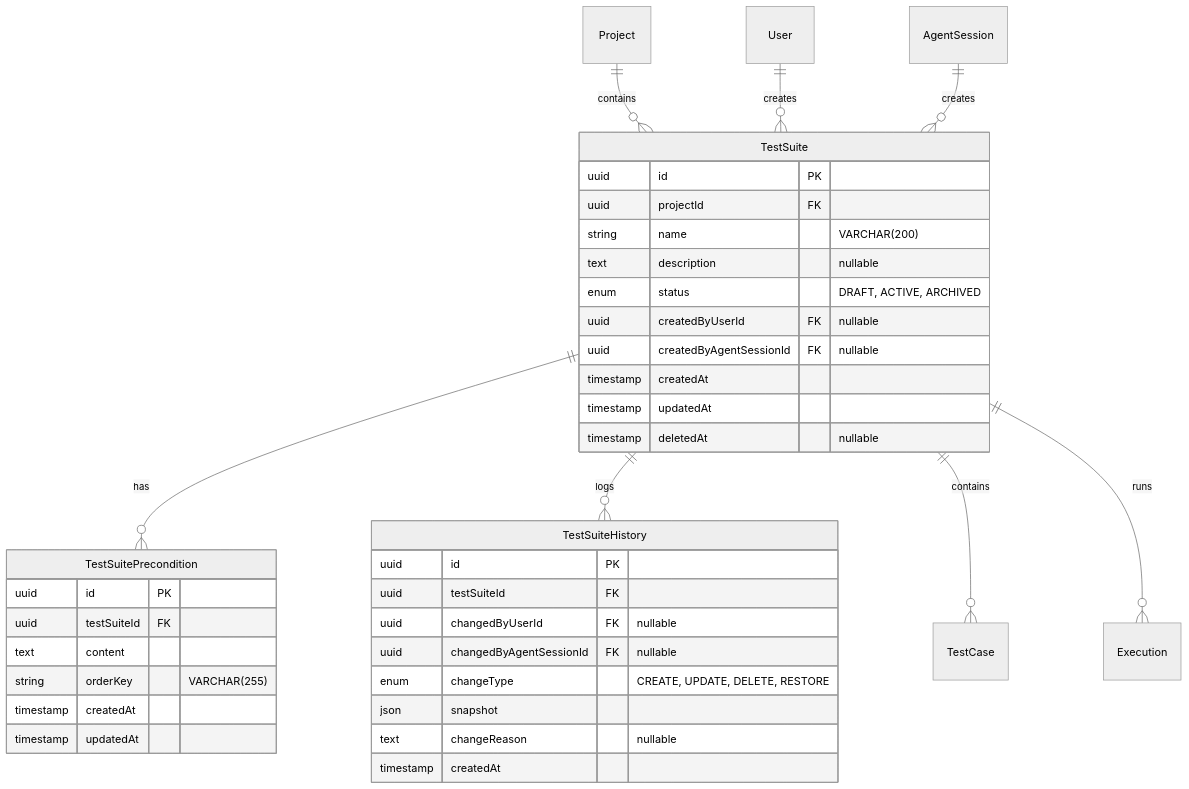
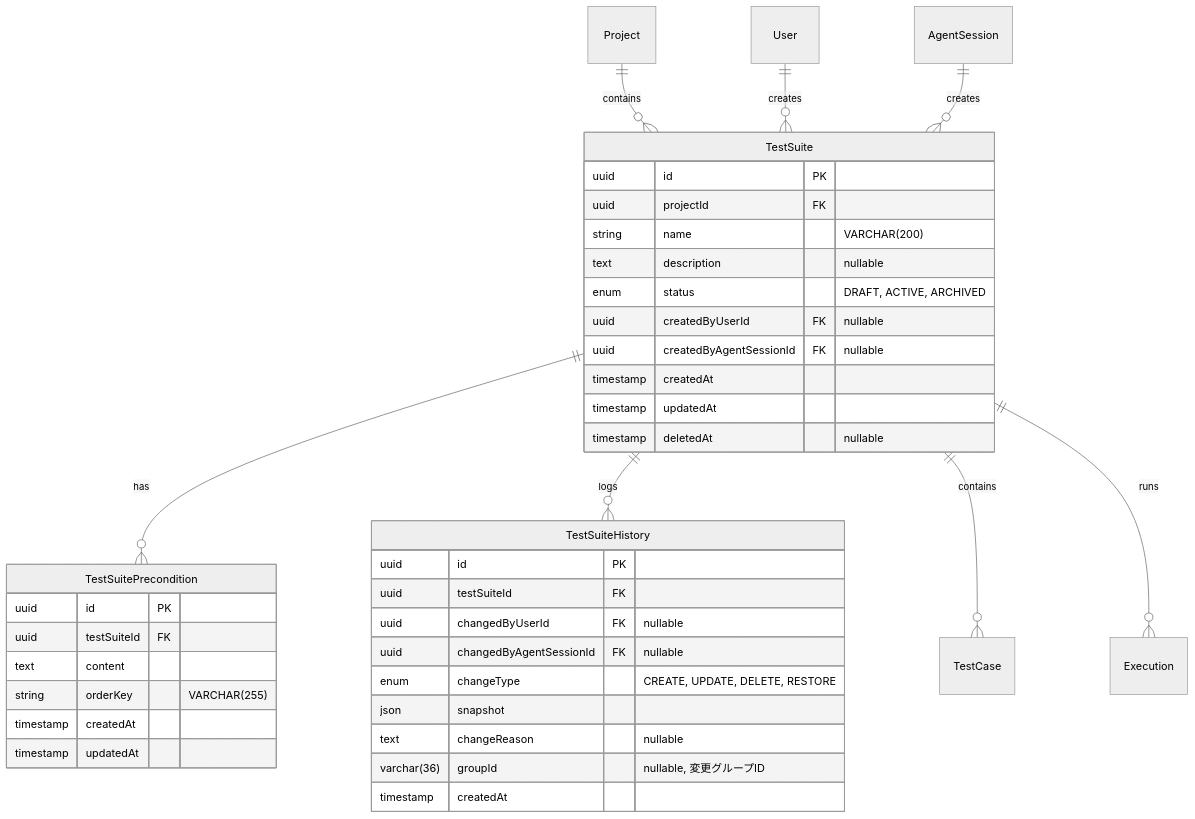
One commit to tsutsumi389/agentest changed the seventh of 7 diagrams in docs/architecture/features/test-suite-management.md. Above: the diagram before and after it, drawn with Mermaid (neutral theme). The commit also changed other lines of this file and 1 other file, not shown here.

````diff
--- a/docs/architecture/features/test-suite-management.md
+++ b/docs/architecture/features/test-suite-management.md
@@ -256,43 +281,44 @@
 ```mermaid
 erDiagram
     Project ||--o{ TestSuite : "contains"
     TestSuite ||--o{ TestSuitePrecondition : "has"
     TestSuite ||--o{ TestSuiteHistory : "logs"
     TestSuite ||--o{ TestCase : "contains"
     TestSuite ||--o{ Execution : "runs"
     User ||--o{ TestSuite : "creates"
     AgentSession ||--o{ TestSuite : "creates"
 
     TestSuite {
         uuid id PK
         uuid projectId FK
         string name "VARCHAR(200)"
         text description "nullable"
         enum status "DRAFT, ACTIVE, ARCHIVED"
         uuid createdByUserId FK "nullable"
         uuid createdByAgentSessionId FK "nullable"
         timestamp createdAt
         timestamp updatedAt
         timestamp deletedAt "nullable"
     }
 
     TestSuitePrecondition {
         uuid id PK
         uuid testSuiteId FK
         text content
         string orderKey "VARCHAR(255)"
         timestamp createdAt
         timestamp updatedAt
     }
 
     TestSuiteHistory {
         uuid id PK
         uuid testSuiteId FK
         uuid changedByUserId FK "nullable"
         uuid changedByAgentSessionId FK "nullable"
         enum changeType "CREATE, UPDATE, DELETE, RESTORE"
         json snapshot
         text changeReason "nullable"
+        varchar(36) groupId "nullable, 変更グループID"
         timestamp createdAt
     }
 ```
````
